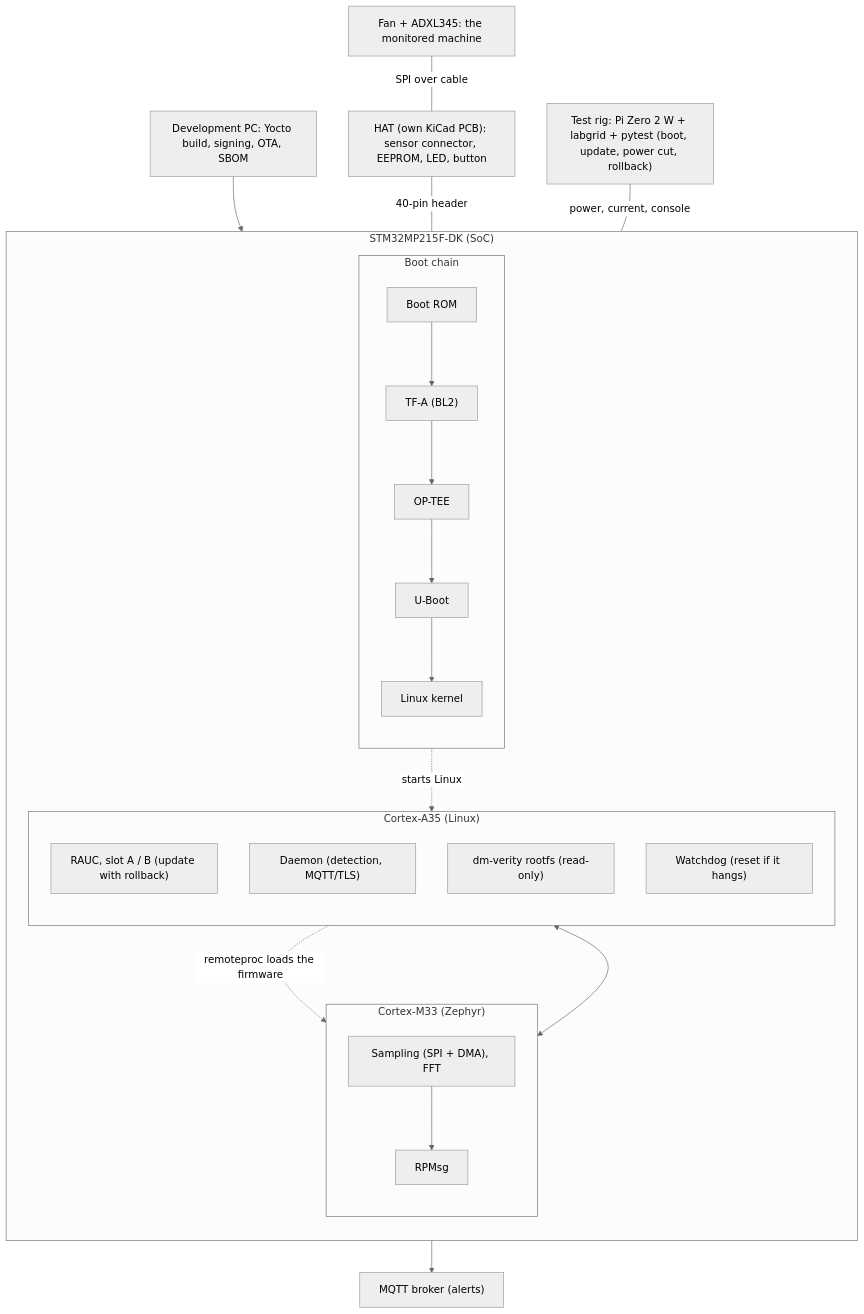
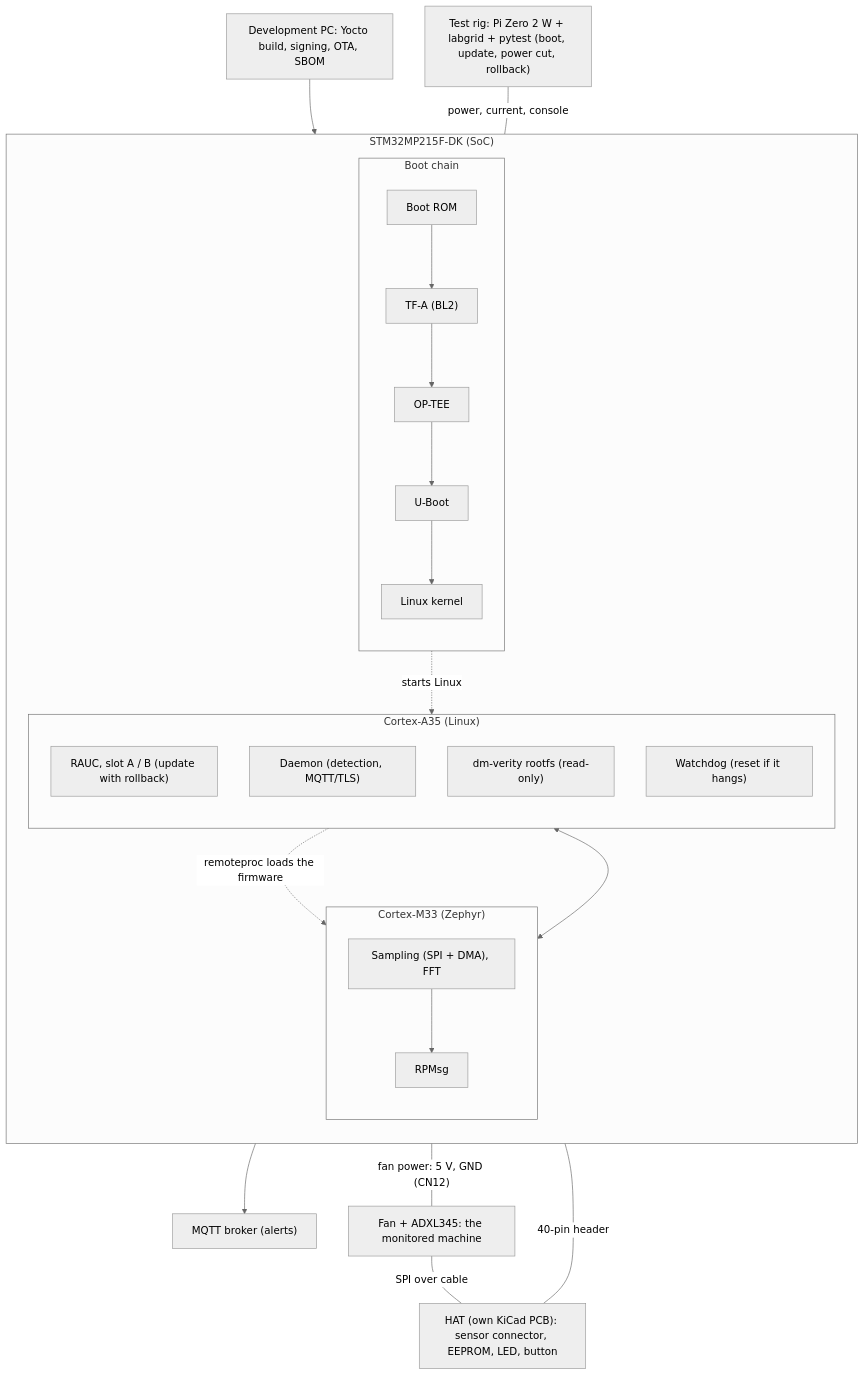
Before and after one commit to Marios-Dimopoulos/machine-vibration-health-node: the diagram in docs/architecture.md, drawn with Mermaid (neutral theme). The commit also changed other lines of this file and 7 other files, not shown here.

Commit message:
Many modifications on docs/datasheets/README.md, docs/architecture.md, docs/plan.md and some of the ADRs and the adr-template.md. There were some outdated information and broken links between them. Also bad phrasing in a few of them (more of a cosmetic change).

````diff
--- a/docs/architecture.md
+++ b/docs/architecture.md
@@ -25,29 +26,30 @@
 ```mermaid
 flowchart TB
     subgraph SoC["STM32MP215F-DK (SoC)"]
         direction TB
         subgraph BOOT["Boot chain"]
             direction TB
             ROM["Boot ROM"] --> TFA["TF-A (BL2)"] --> OPTEE["OP-TEE"] --> UBOOT["U-Boot"] --> KERNEL["Linux kernel"]
         end
         subgraph M33["Cortex-M33 (Zephyr)"]
             direction TB
             SAMP["Sampling (SPI + DMA), FFT"] --> RPMSG["RPMsg"]
         end
         subgraph A35["Cortex-A35 (Linux)"]
             direction TB
             RAUC["RAUC, slot A / B (update with rollback)"]
             DAEMON["Daemon (detection, MQTT/TLS)"]
             VERITY["dm-verity rootfs (read-only)"]
             WDT["Watchdog (reset if it hangs)"]
         end
         KERNEL -. "starts Linux" .-> A35
         A35 -. "remoteproc loads the firmware" .-> M33
         RPMSG <--> DAEMON
     end
     DEV["Development PC: Yocto build, signing, OTA, SBOM"] --> RAUC
     DAEMON --> MQTT["MQTT broker (alerts)"]
     HAT["HAT (own KiCad PCB): sensor connector, EEPROM, LED, button"] -- "40-pin header" --- SoC
     RIG["Test rig: Pi Zero 2 W + labgrid + pytest (boot, update, power cut, rollback)"] -- "power, current, console" --- SoC
     FAN["Fan + ADXL345: the monitored machine"] -- "SPI over cable" --- HAT
+    SoC -- "fan power: 5 V, GND (CN12)" --- FAN
 ```
````
